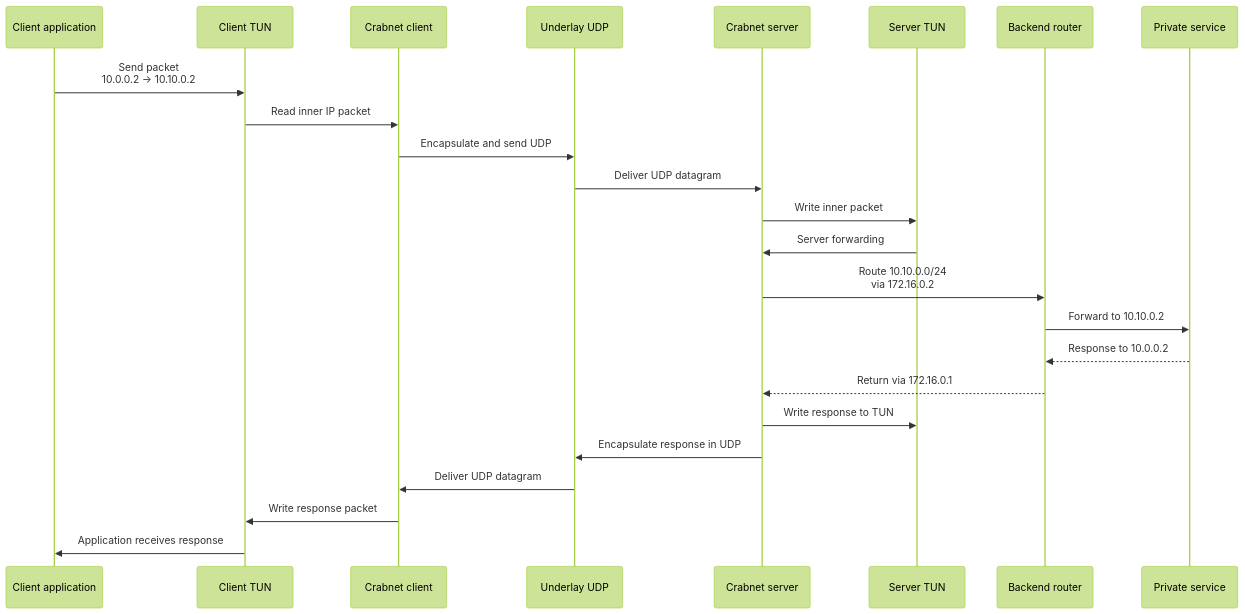
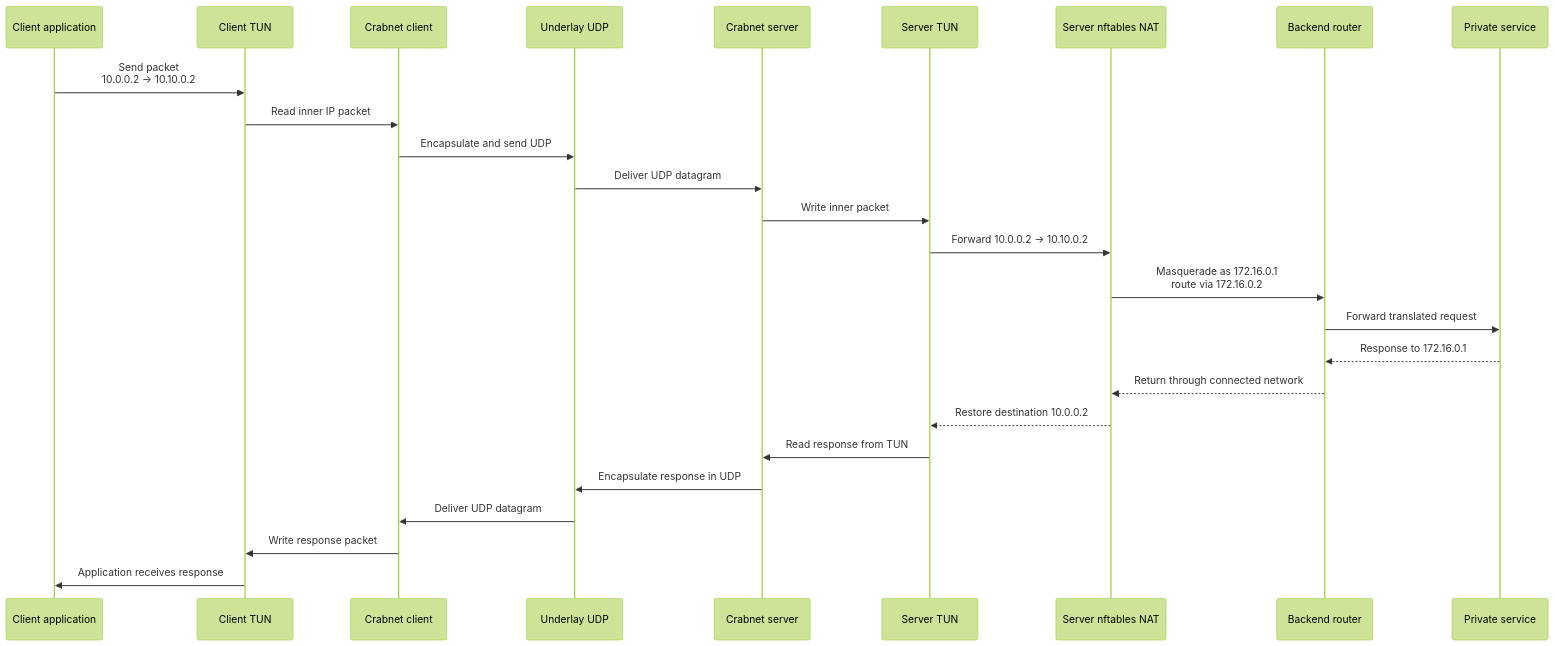
Before and after one commit to thiennguyen56/crabnet: the first of 3 diagrams in docs/routing-sequences.md, drawn with Mermaid (forest theme). The commit also changed other lines of this file and 16 other files, not shown here.

````diff
--- a/docs/routing-sequences.md
+++ b/docs/routing-sequences.md
@@ -10,27 +10,29 @@
 ```mermaid
 sequenceDiagram
     participant App as Client application
     participant CTun as Client TUN
     participant C as Crabnet client
     participant U as Underlay UDP
     participant S as Crabnet server
     participant STun as Server TUN
+    participant NAT as Server nftables NAT
     participant R as Backend router
     participant P as Private service
 
     App->>CTun: Send packet<br/>10.0.0.2 → 10.10.0.2
     CTun->>C: Read inner IP packet
     C->>U: Encapsulate and send UDP
     U->>S: Deliver UDP datagram
     S->>STun: Write inner packet
-    STun->>S: Server forwarding
-    S->>R: Route 10.10.0.0/24<br/>via 172.16.0.2
-    R->>P: Forward to 10.10.0.2
-    P-->>R: Response to 10.0.0.2
-    R-->>S: Return via 172.16.0.1
-    S->>STun: Write response to TUN
+    STun->>NAT: Forward 10.0.0.2 → 10.10.0.2
+    NAT->>R: Masquerade as 172.16.0.1<br/>route via 172.16.0.2
+    R->>P: Forward translated request
+    P-->>R: Response to 172.16.0.1
+    R-->>NAT: Return through connected network
+    NAT-->>STun: Restore destination 10.0.0.2
+    STun->>S: Read response from TUN
     S->>U: Encapsulate response in UDP
     U->>C: Deliver UDP datagram
     C->>CTun: Write response packet
     CTun->>App: Application receives response
 ```
````
